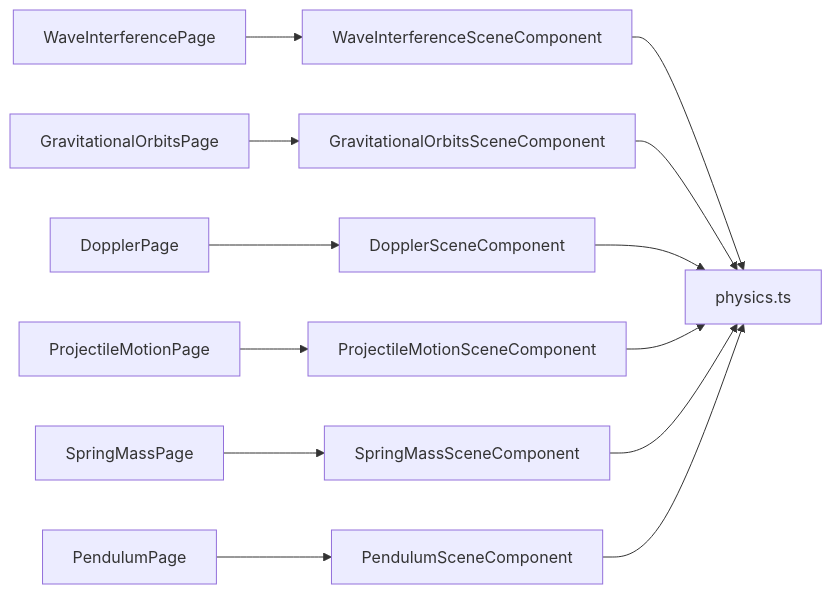
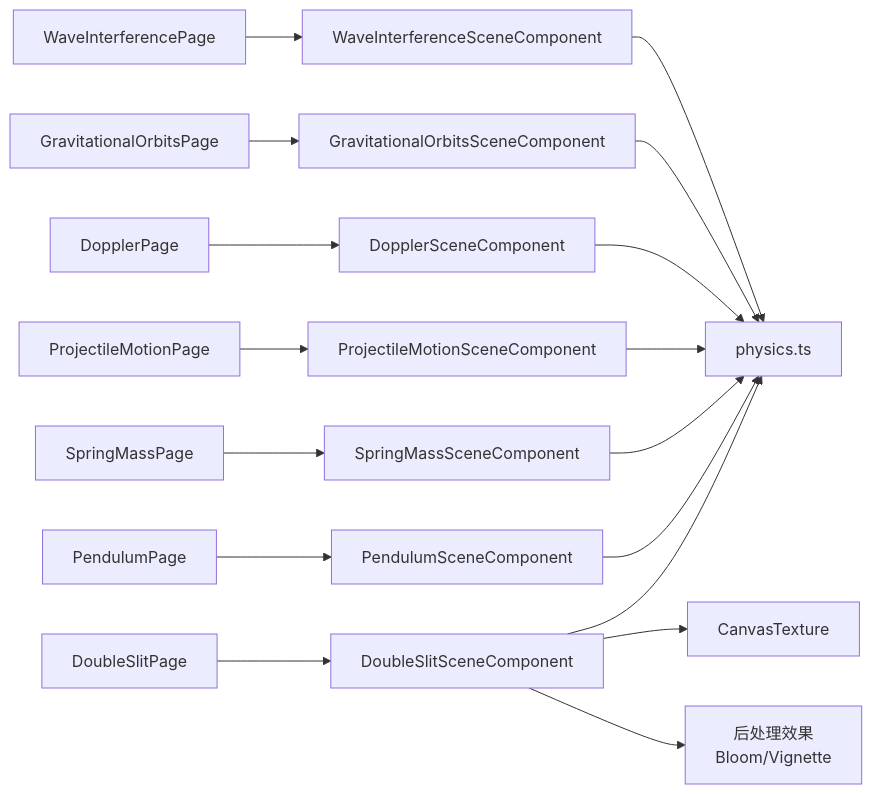
The tenth of 10 diagrams in .qoder/repowiki/zh/content/实验系统/物理类实验.md (KaiYun-Wang/phys-lab-3d), drawn with Mermaid before and after one commit. The commit also changed other lines of this file and 11 other files, not shown here.

````diff
--- a/.qoder/repowiki/zh/content/实验系统/物理类实验.md
+++ b/.qoder/repowiki/zh/content/实验系统/物理类实验.md
@@ -322,15 +386,19 @@
 ```mermaid
 graph LR
 Page_WI["WaveInterferencePage"] --> Scene_WI["WaveInterferenceSceneComponent"]
 Page_GO["GravitationalOrbitsPage"] --> Scene_GO["GravitationalOrbitsSceneComponent"]
 Page_DP["DopplerPage"] --> Scene_DP["DopplerSceneComponent"]
 Page_PM["ProjectileMotionPage"] --> Scene_PM["ProjectileMotionSceneComponent"]
 Page_SM["SpringMassPage"] --> Scene_SM["SpringMassSceneComponent"]
 Page_PEN["PendulumPage"] --> Scene_PEN["PendulumSceneComponent"]
+Page_DS["DoubleSlitPage"] --> Scene_DS["DoubleSlitSceneComponent"]
 Scene_WI --> Utils["physics.ts"]
 Scene_GO --> Utils
 Scene_DP --> Utils
 Scene_PM --> Utils
 Scene_SM --> Utils
 Scene_PEN --> Utils
+Scene_DS --> Utils
+Scene_DS --> Canvas["CanvasTexture"]
+Scene_DS --> Post["后处理效果<br/>Bloom/Vignette"]
 ```
````
